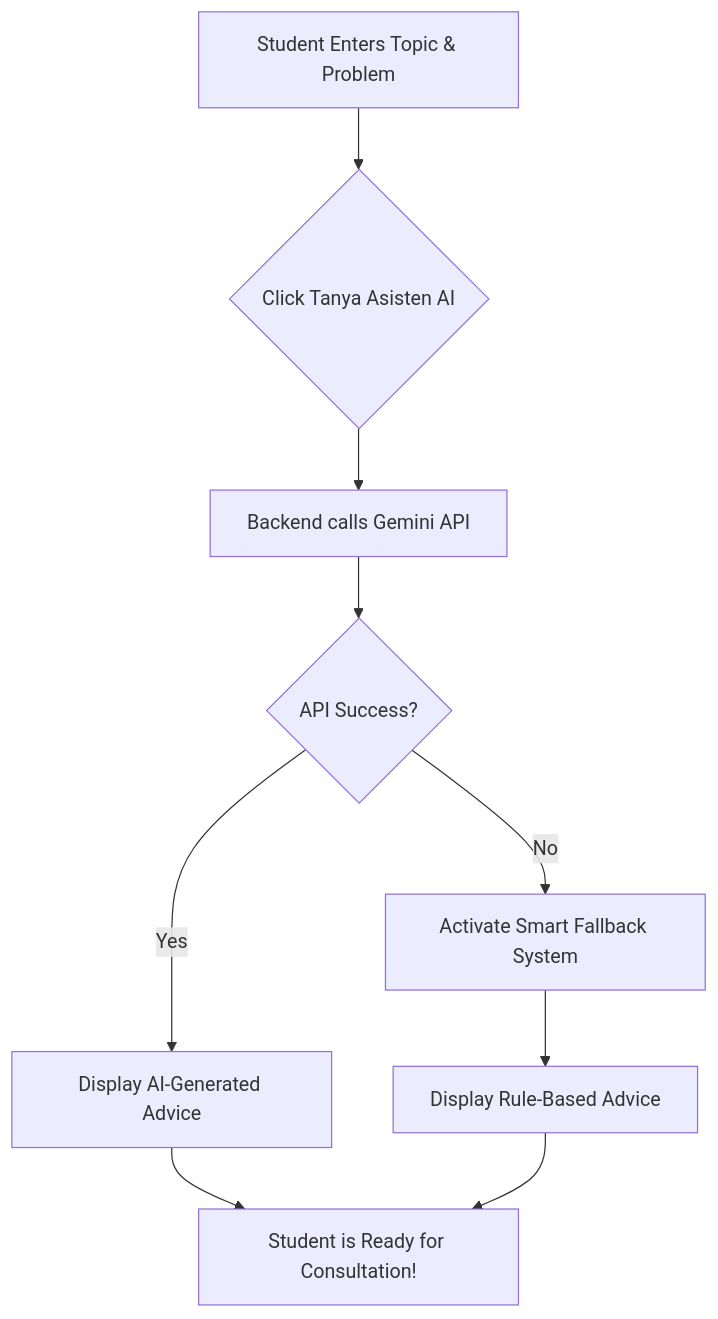
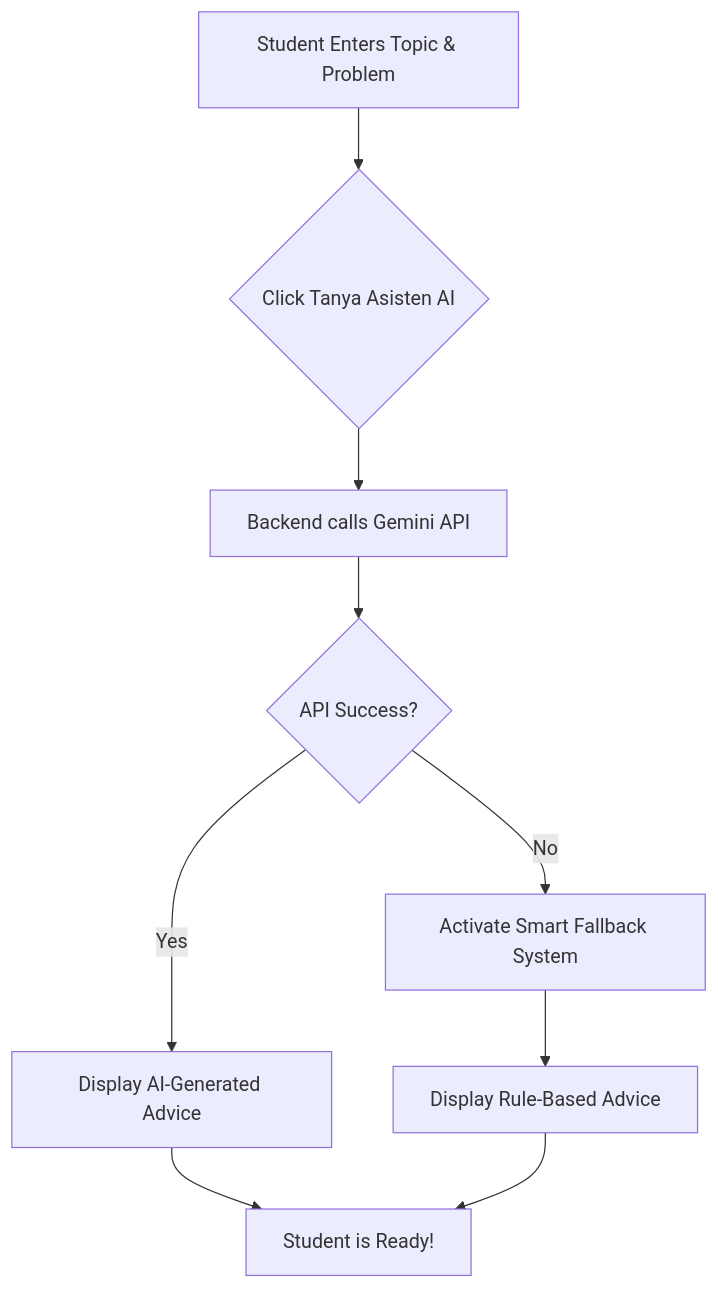
One commit to luckymalombeke/system-konsulku changed the first of 3 diagrams in README.md. Above: the diagram before and after it, drawn with Mermaid. The commit also changed other lines of this file and 10 other files, not shown here.

````diff
--- a/README.md
+++ b/README.md
@@ -35,11 +35,11 @@
 ```mermaid
 graph TD
     A[Student Enters Topic & Problem] --> B{Click Tanya Asisten AI}
     B --> C[Backend calls Gemini API]
     C --> D{API Success?}
     D -- Yes --> E[Display AI-Generated Advice]
     D -- No --> F[Activate Smart Fallback System]
     F --> G[Display Rule-Based Advice]
-    E --> H[Student is Ready for Consultation!]
+    E --> H[Student is Ready!]
     G --> H
 ```
````
